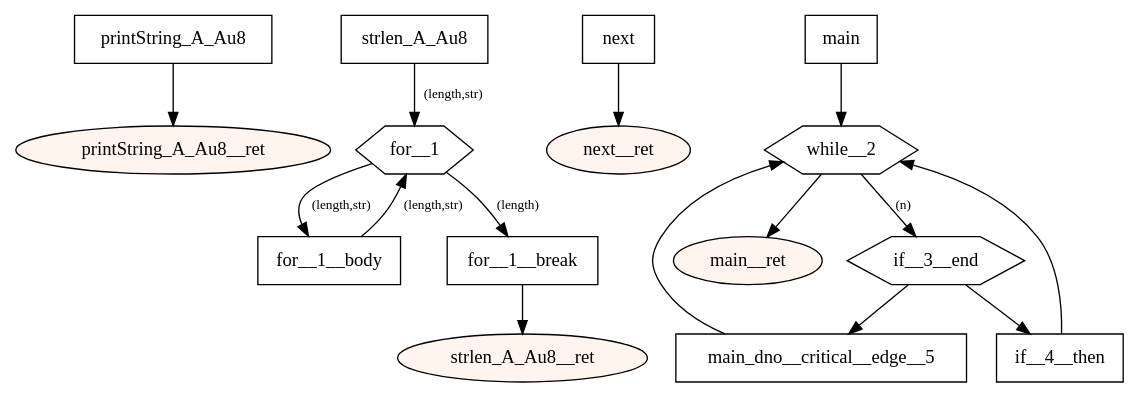
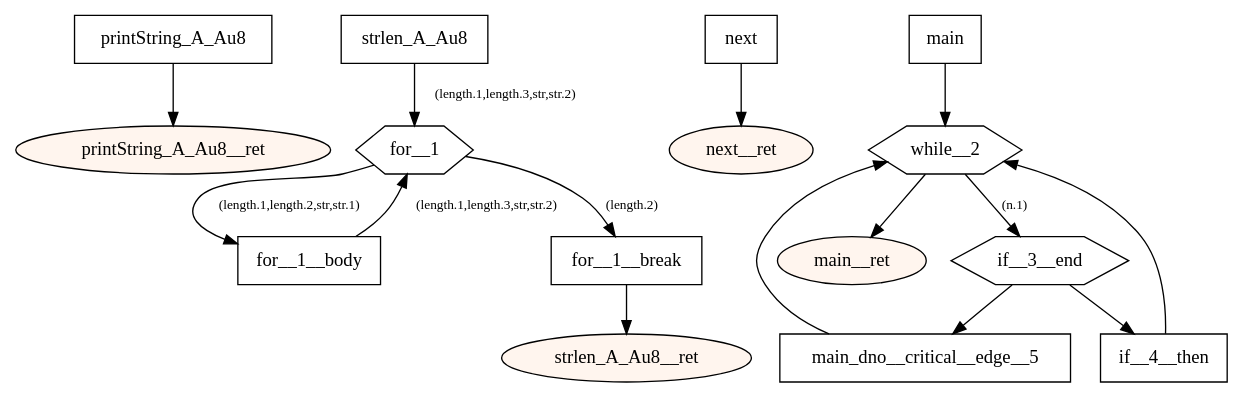
One commit to tmssngr/tinyC changed the diagram in src/main/resources-test/compiler/windows/global vars2.dot. Above: the diagram before and after it, drawn with Graphviz. The commit also changed 90 other files, not shown here.

```diff
--- a/src/main/resources-test/compiler/windows/global vars2.dot
+++ b/src/main/resources-test/compiler/windows/global vars2.dot
@@ -1,40 +1,40 @@
 digraph program {
 	edge[fontsize="10pt"];
 	subgraph fn_printString_A_Au8 {
 		BasicBlock_0_printString_A_Au8 [label="printString_A_Au8",shape=box];
 		BasicBlock_0_printString_A_Au8 -> BasicBlock_0_printString_A_Au8__ret;
 		BasicBlock_0_printString_A_Au8__ret [label="printString_A_Au8__ret",shape=oval,style=filled,fillcolor="#fff5ee"];
 	}
 	subgraph fn_strlen_A_Au8 {
 		BasicBlock_1_strlen_A_Au8 [label="strlen_A_Au8",shape=box];
-		BasicBlock_1_strlen_A_Au8 -> BasicBlock_1_for__1 [label="(length,str)"];
+		BasicBlock_1_strlen_A_Au8 -> BasicBlock_1_for__1 [label="(length.1,length.3,str,str.2)"];
 		BasicBlock_1_for__1__body [label="for__1__body",shape=box];
-		BasicBlock_1_for__1__body -> BasicBlock_1_for__1 [label="(length,str)"];
+		BasicBlock_1_for__1__body -> BasicBlock_1_for__1 [label="(length.1,length.3,str,str.2)"];
 		BasicBlock_1_for__1 [label="for__1",shape=hexagon];
-		BasicBlock_1_for__1 -> BasicBlock_1_for__1__break [label="(length)"];
-		BasicBlock_1_for__1 -> BasicBlock_1_for__1__body [label="(length,str)"];
+		BasicBlock_1_for__1 -> BasicBlock_1_for__1__break [label="(length.2)"];
+		BasicBlock_1_for__1 -> BasicBlock_1_for__1__body [label="(length.1,length.2,str,str.1)"];
 		BasicBlock_1_for__1__break [label="for__1__break",shape=box];
 		BasicBlock_1_for__1__break -> BasicBlock_1_strlen_A_Au8__ret;
 		BasicBlock_1_strlen_A_Au8__ret [label="strlen_A_Au8__ret",shape=oval,style=filled,fillcolor="#fff5ee"];
 	}
 	subgraph fn_next {
 		BasicBlock_2_next [label="next",shape=box];
 		BasicBlock_2_next -> BasicBlock_2_next__ret;
 		BasicBlock_2_next__ret [label="next__ret",shape=oval,style=filled,fillcolor="#fff5ee"];
 	}
 	subgraph fn_main {
 		BasicBlock_3_main [label="main",shape=box];
 		BasicBlock_3_main -> BasicBlock_3_while__2;
 		BasicBlock_3_if__3__end [label="if__3__end",shape=hexagon];
 		BasicBlock_3_if__3__end -> BasicBlock_3_main_dno__critical__edge__5;
 		BasicBlock_3_if__3__end -> BasicBlock_3_if__4__then;
 		BasicBlock_3_main_dno__critical__edge__5 [label="main_dno__critical__edge__5",shape=box];
 		BasicBlock_3_main_dno__critical__edge__5 -> BasicBlock_3_while__2;
 		BasicBlock_3_if__4__then [label="if__4__then",shape=box];
 		BasicBlock_3_if__4__then -> BasicBlock_3_while__2;
 		BasicBlock_3_while__2 [label="while__2",shape=hexagon];
 		BasicBlock_3_while__2 -> BasicBlock_3_main__ret;
-		BasicBlock_3_while__2 -> BasicBlock_3_if__3__end [label="(n)"];
+		BasicBlock_3_while__2 -> BasicBlock_3_if__3__end [label="(n.1)"];
 		BasicBlock_3_main__ret [label="main__ret",shape=oval,style=filled,fillcolor="#fff5ee"];
 	}
 }
```
